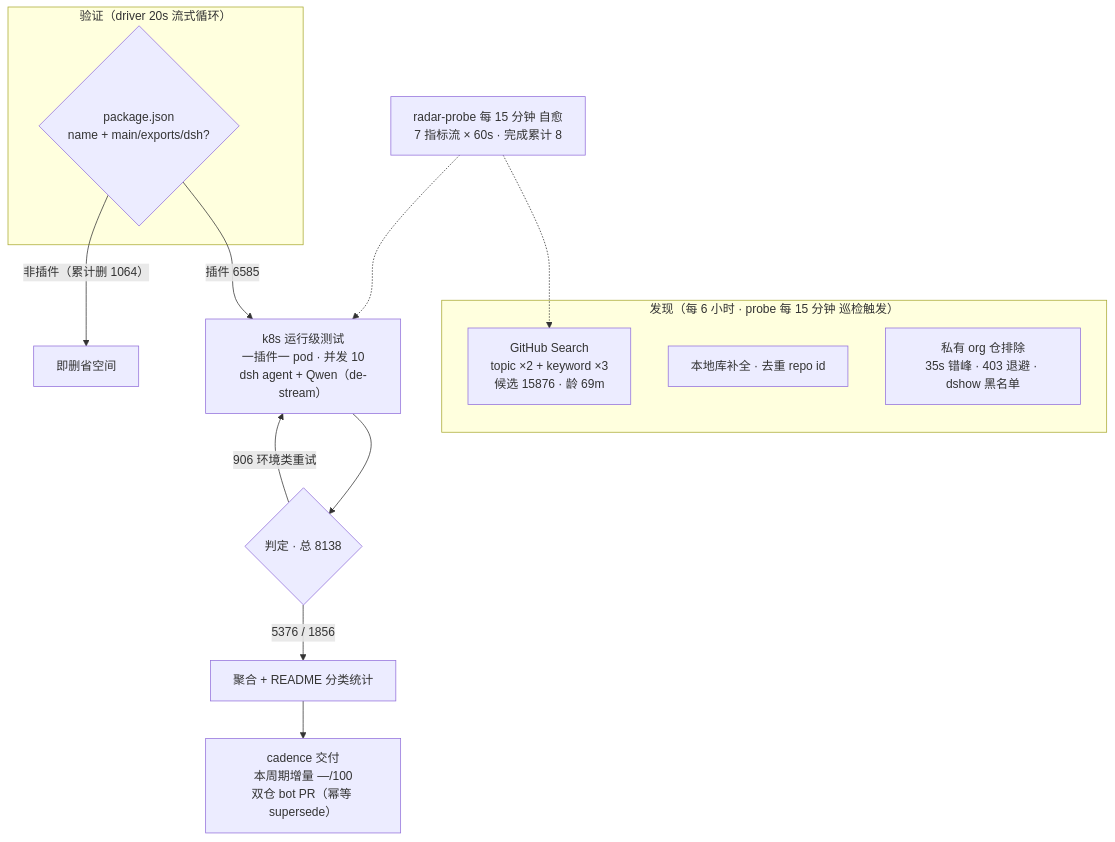
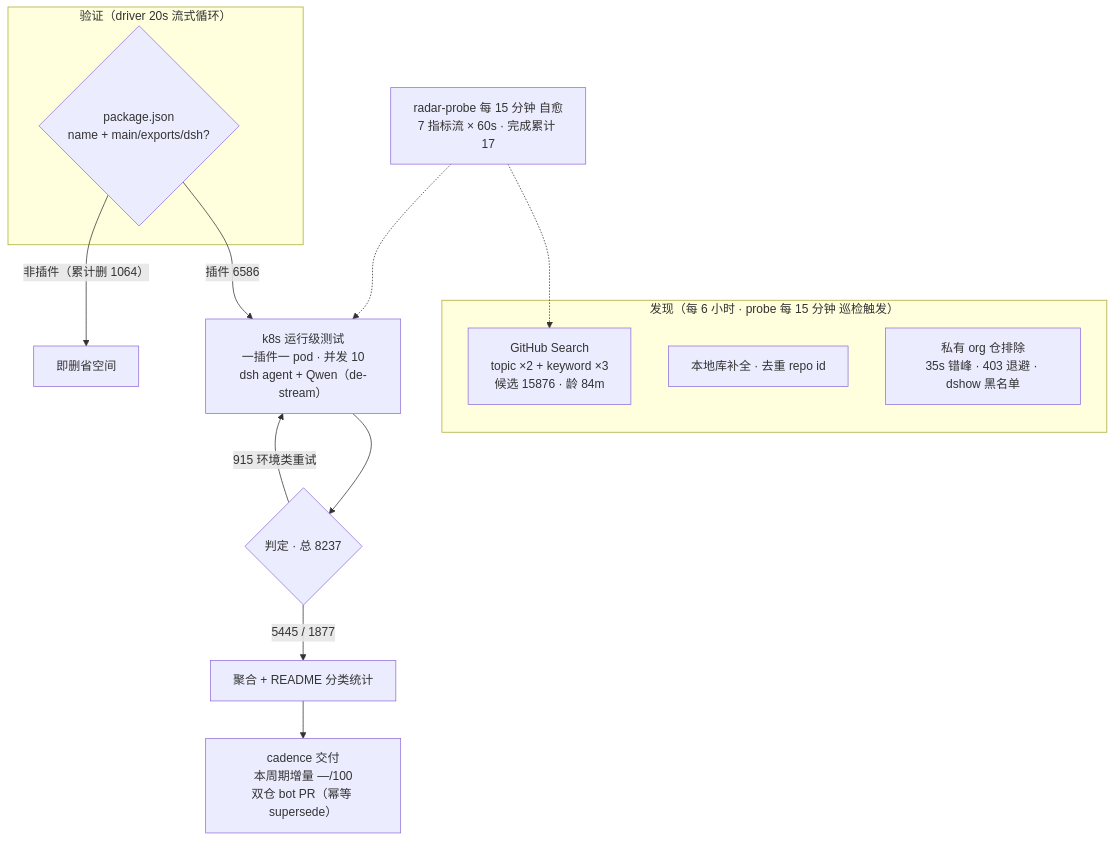
One commit to Zhidao-Lab-OSS/awesome-dsh-plugins changed the diagram in README.md. Above: the diagram before and after it, drawn with Mermaid. The commit also changed other lines of this file and 1 other file, not shown here.

````diff
--- a/README.md
+++ b/README.md
@@ -37,20 +37,20 @@
 ```mermaid
 flowchart TB
     subgraph Discovery["发现（每 6 小时 · probe 每 15 分钟 巡检触发）"]
-        A1["GitHub Search<br/>topic ×2 + keyword ×3<br/>候选 15876 · 龄 69m"]
+        A1["GitHub Search<br/>topic ×2 + keyword ×3<br/>候选 15876 · 龄 84m"]
         A2["本地库补全 · 去重 repo id"]
         A3["私有 org 仓排除<br/>35s 错峰 · 403 退避 · dshow 黑名单"]
     end
     subgraph Validation["验证（driver 20s 流式循环）"]
         B1{"package.json<br/>name + main/exports/dsh?"}
     end
-    B1 -->|"插件 6585"| C1["k8s 运行级测试<br/>一插件一 pod · 并发 10<br/>dsh agent + Qwen（de-stream）"]
+    B1 -->|"插件 6586"| C1["k8s 运行级测试<br/>一插件一 pod · 并发 10<br/>dsh agent + Qwen（de-stream）"]
     B1 -->|"非插件（累计删 1064）"| B3["即删省空间"]
-    C1 --> D1{"判定 · 总 8138"}
-    D1 -->|"5376 / 1856"| E1["聚合 + README 分类统计"]
-    D1 -->|"906 环境类重试"| C1
+    C1 --> D1{"判定 · 总 8237"}
+    D1 -->|"5445 / 1877"| E1["聚合 + README 分类统计"]
+    D1 -->|"915 环境类重试"| C1
     E1 --> E2["cadence 交付<br/>本周期增量 —/100<br/>双仓 bot PR（幂等 supersede）"]
-    M["radar-probe 每 15 分钟 自愈<br/>7 指标流 × 60s · 完成累计 8"]
+    M["radar-probe 每 15 分钟 自愈<br/>7 指标流 × 60s · 完成累计 17"]
     M -.-> A1
     M -.-> C1
 ```
````
